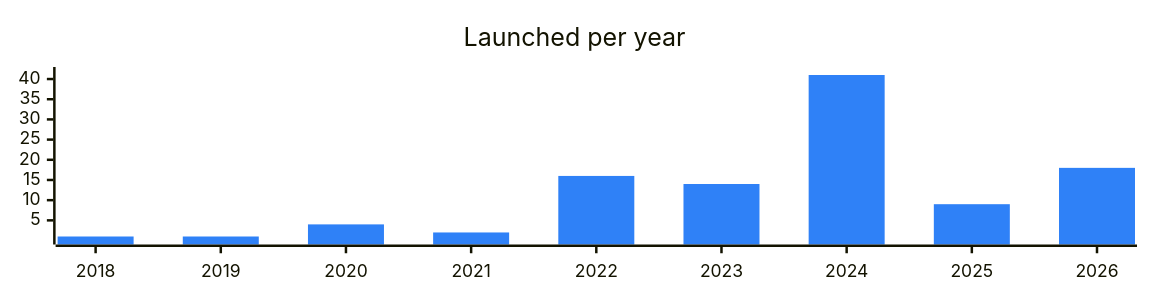
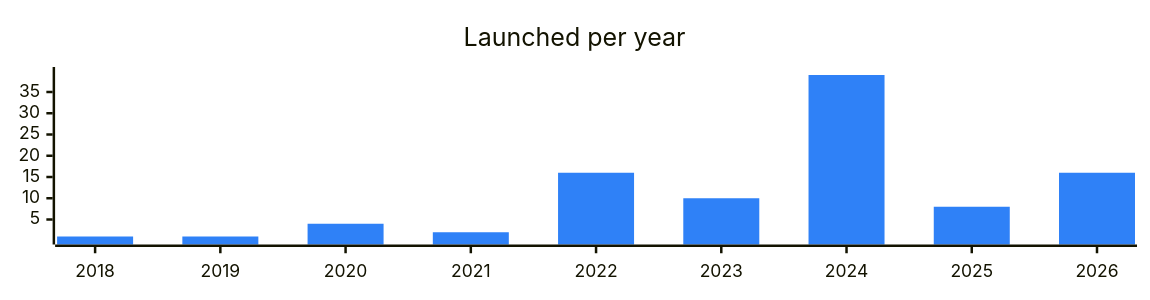
One commit to vitalikgpt/gram-ecosystem changed the diagram in categories/wallets.md. Above: the diagram before and after it, drawn with Mermaid. The commit also changed other lines of this file and 71 other files, not shown here.

````diff
--- a/categories/wallets.md
+++ b/categories/wallets.md
@@ -7,7 +7,7 @@
 ```mermaid
 %%{init: {"xyChart": {"width": 900, "height": 220}, "themeVariables": {"xyChart": {"plotColorPalette": "#2f81f7"}}}}%%
 xychart-beta
   title "Launched per year"
   x-axis ["2018", "2019", "2020", "2021", "2022", "2023", "2024", "2025", "2026"]
-  bar [1, 1, 4, 2, 16, 14, 41, 9, 18]
+  bar [1, 1, 4, 2, 16, 10, 39, 8, 16]
 ```
````
